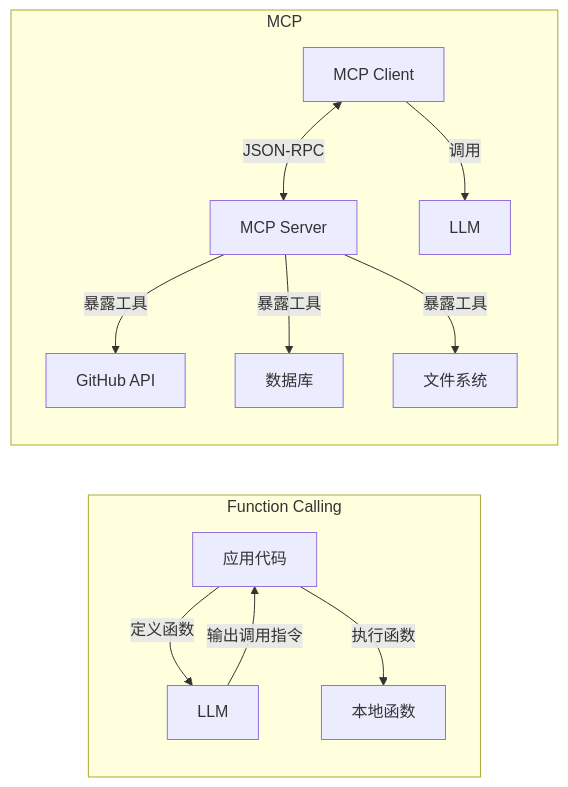
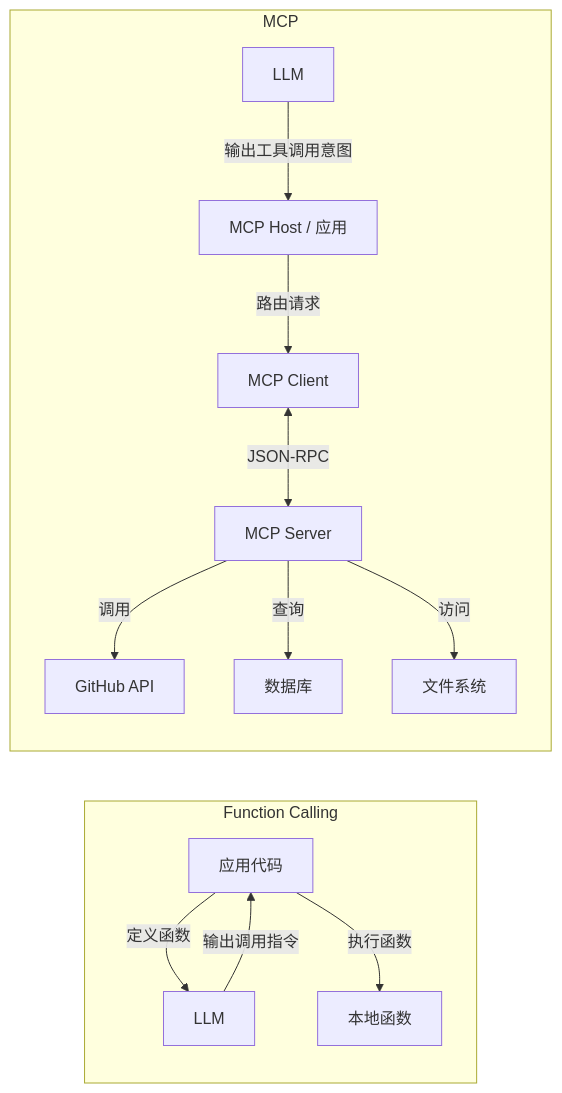
One commit to BeefWrap4/LLM-Knowledge-Base changed the eighth of 20 diagrams in 15_Agent智能体开发.md. Above: the diagram before and after it, drawn with Mermaid. The commit also changed other lines of this file and 8 other files, not shown here.

Commit message:
Fix Mermaid semantics and Obsidian layouts

````diff
--- a/15_Agent智能体开发.md
+++ b/15_Agent智能体开发.md
@@ -989,16 +988,17 @@
 ```mermaid
 graph LR
     subgraph "Function Calling"
         A[应用代码] -->|"定义函数"| B[LLM]
         B -->|"输出调用指令"| A
         A -->|"执行函数"| C[本地函数]
     end
     
     subgraph "MCP"
-        D[MCP Client] <-->|"JSON-RPC"| E[MCP Server]
-        E -->|"暴露工具"| F[GitHub API]
-        E -->|"暴露工具"| G[数据库]
-        E -->|"暴露工具"| H[文件系统]
-        D -->|"调用"| I[LLM]
+        I[LLM] -->|"输出工具调用意图"| Host[MCP Host / 应用]
+        Host -->|"路由请求"| D[MCP Client]
+        D <-->|"JSON-RPC"| E[MCP Server]
+        E -->|"调用"| F[GitHub API]
+        E -->|"查询"| G[数据库]
+        E -->|"访问"| H[文件系统]
     end
 ```
````
